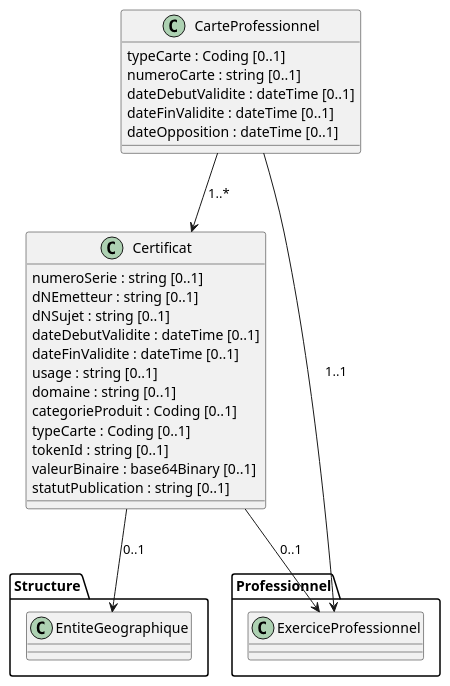
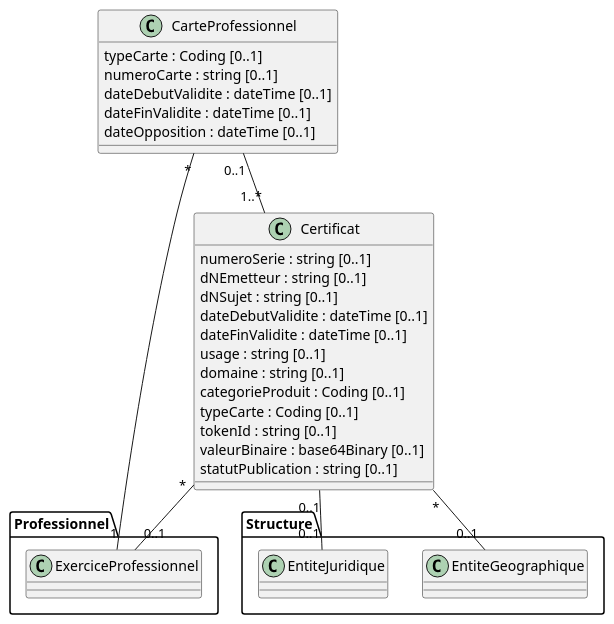
Before and after one commit to ansforge/IG-modele-objets-sante: the diagram in input/images-source/Dispositif-dauthentification.plantuml, drawn with PlantUML. The commit also changed 15 other files, not shown here.

Commit message:
Modif script diagrammes refs doubles

```diff
--- a/input/images-source/Dispositif-dauthentification.plantuml
+++ b/input/images-source/Dispositif-dauthentification.plantuml
@@ -1,40 +1,41 @@
 @startuml
 
 Class CarteProfessionnel {
   typeCarte : Coding [0..1]
   numeroCarte : string [0..1]
   dateDebutValidite : dateTime [0..1]
   dateFinValidite : dateTime [0..1]
   dateOpposition : dateTime [0..1]
 }
 
 Class Certificat {
   numeroSerie : string [0..1]
   dNEmetteur : string [0..1]
   dNSujet : string [0..1]
   dateDebutValidite : dateTime [0..1]
   dateFinValidite : dateTime [0..1]
   usage : string [0..1]
   domaine : string [0..1]
   categorieProduit : Coding [0..1]
   typeCarte : Coding [0..1]
   tokenId : string [0..1]
   valeurBinaire : base64Binary [0..1]
   statutPublication : string [0..1]
 }
 
-
-package "Professionnel" {
-  Class ExerciceProfessionnel
+package "Professionnel" as Professionnel_part {
   Class ExerciceProfessionnel
 }
 
-package "Structure" {
+package "Structure" as Structure_part {
   Class EntiteGeographique
+  Class EntiteJuridique
 }
-CarteProfessionnel --> Certificat : 1..*
-CarteProfessionnel --> ExerciceProfessionnel : 1..1
-Certificat --> ExerciceProfessionnel : 0..1
-Certificat --> EntiteGeographique : 0..1
+
+CarteProfessionnel "*" -- "1" ExerciceProfessionnel
+Certificat "*" -- "0..1" ExerciceProfessionnel
+CarteProfessionnel "0..1" -- "1..*" Certificat
+Certificat "*" -- "0..1" EntiteGeographique
+Certificat "0..1" -- "0..1" EntiteJuridique
 
 @enduml
```
